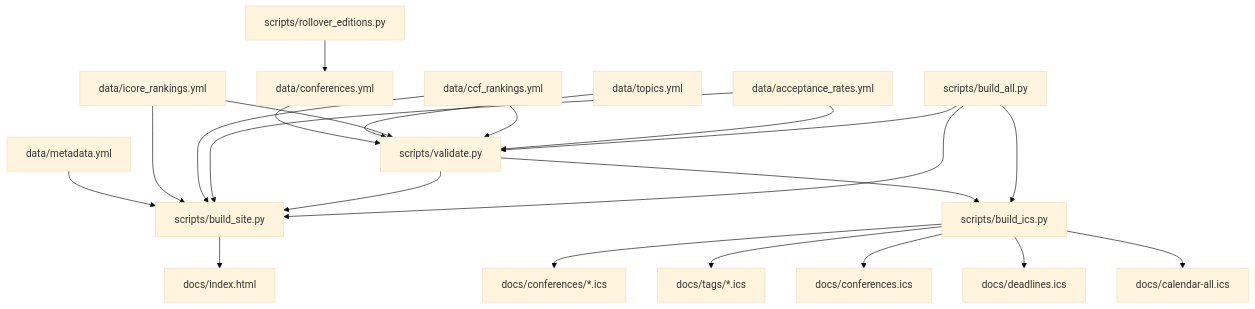
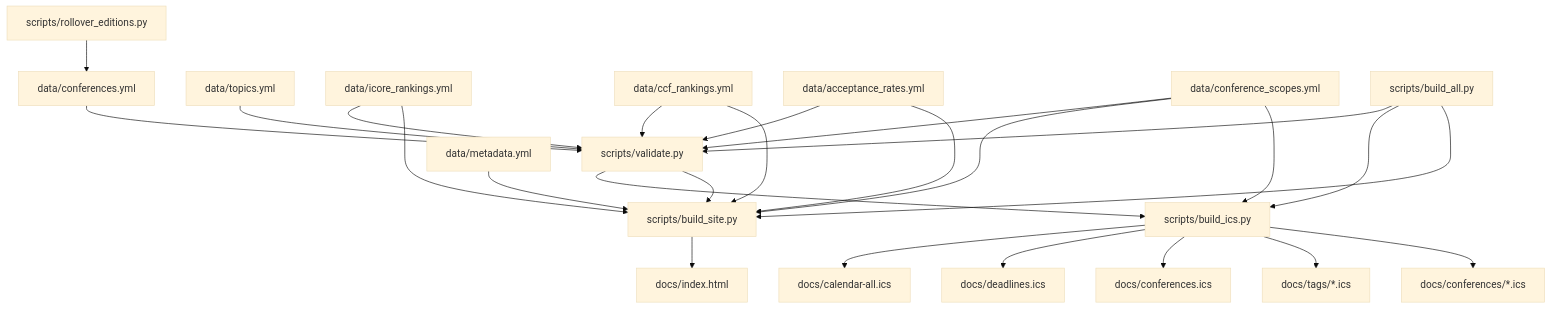
The diagram in project_docs/architecture.md (gon-uri/scientific-conference-calendar), drawn with Mermaid (base theme) before and after one commit. The commit also changed other lines of this file and 89 other files, not shown here.

````diff
--- a/project_docs/architecture.md
+++ b/project_docs/architecture.md
@@ -106,24 +116,27 @@
 ```mermaid
 flowchart TD
   A["data/conferences.yml"] --> V["scripts/validate.py"]
   B["data/topics.yml"] --> V
   C["data/metadata.yml"] --> S["scripts/build_site.py"]
   R["data/icore_rankings.yml"] --> V
   R --> S
   CR["data/ccf_rankings.yml"] --> V
   CR --> S
   AR["data/acceptance_rates.yml"] --> V
   AR --> S
+  SC["data/conference_scopes.yml"] --> V
+  SC --> S
+  SC --> I
   RO["scripts/rollover_editions.py"] --> A
   V --> I["scripts/build_ics.py"]
   V --> S
   I --> D1["docs/calendar-all.ics"]
   I --> D2["docs/deadlines.ics"]
   I --> D3["docs/conferences.ics"]
   I --> D4["docs/tags/*.ics"]
   I --> D5["docs/conferences/*.ics"]
   S --> H["docs/index.html"]
   BA["scripts/build_all.py"] --> V
   BA --> I
   BA --> S
 ```
````
